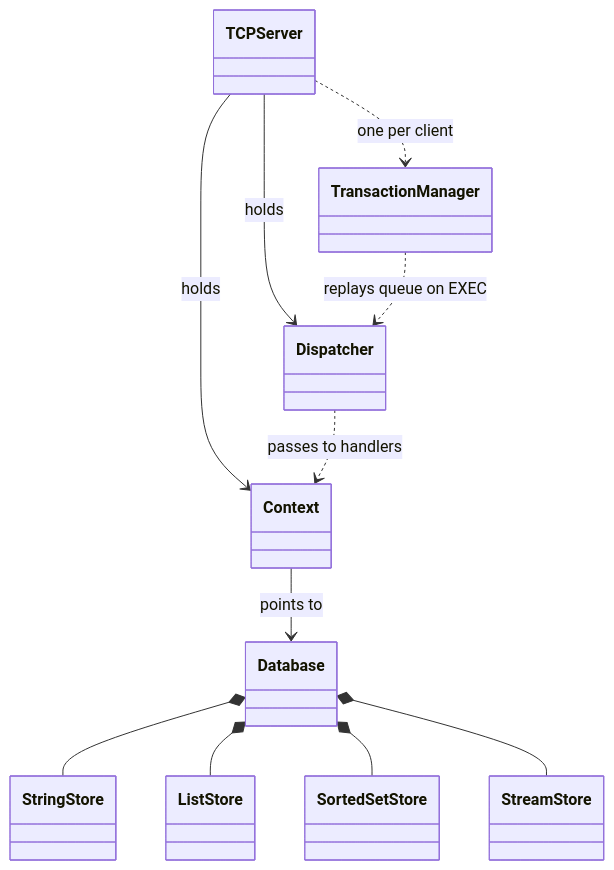
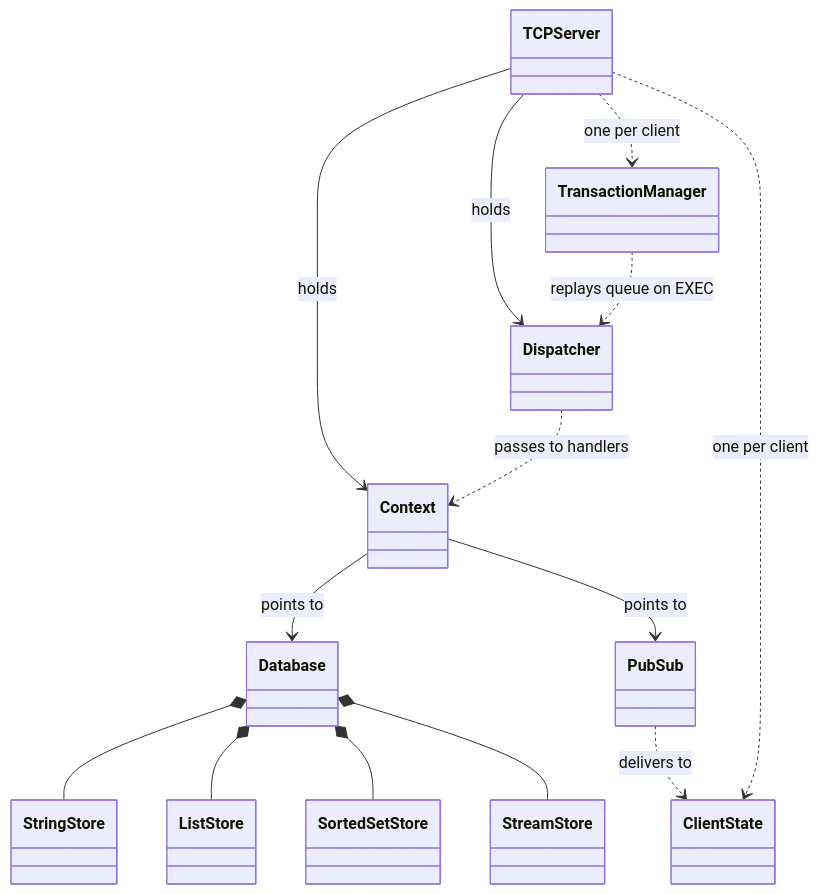
The diagram in README.md (shubh-garg18/redis-cpp), drawn with Mermaid before and after one commit. The commit also changed other lines of this file and 13 other files, not shown here.

Commit message:
Redis pub/sub with cross-connection message delivery

````diff
--- a/README.md
+++ b/README.md
@@ -24,23 +24,28 @@
 ```mermaid
 classDiagram
     class TCPServer
     class TransactionManager
     class Dispatcher
     class Context
     class Database
     class StringStore
     class ListStore
     class SortedSetStore
     class StreamStore
+    class PubSub
+    class ClientState
 
     TCPServer --> Context : holds
     TCPServer --> Dispatcher : holds
     TCPServer ..> TransactionManager : one per client
+    TCPServer ..> ClientState : one per client
     TransactionManager ..> Dispatcher : replays queue on EXEC
     Context --> Database : points to
+    Context --> PubSub : points to
     Dispatcher ..> Context : passes to handlers
     Database *-- StringStore
     Database *-- ListStore
     Database *-- SortedSetStore
     Database *-- StreamStore
+    PubSub ..> ClientState : delivers to
 ```
````
